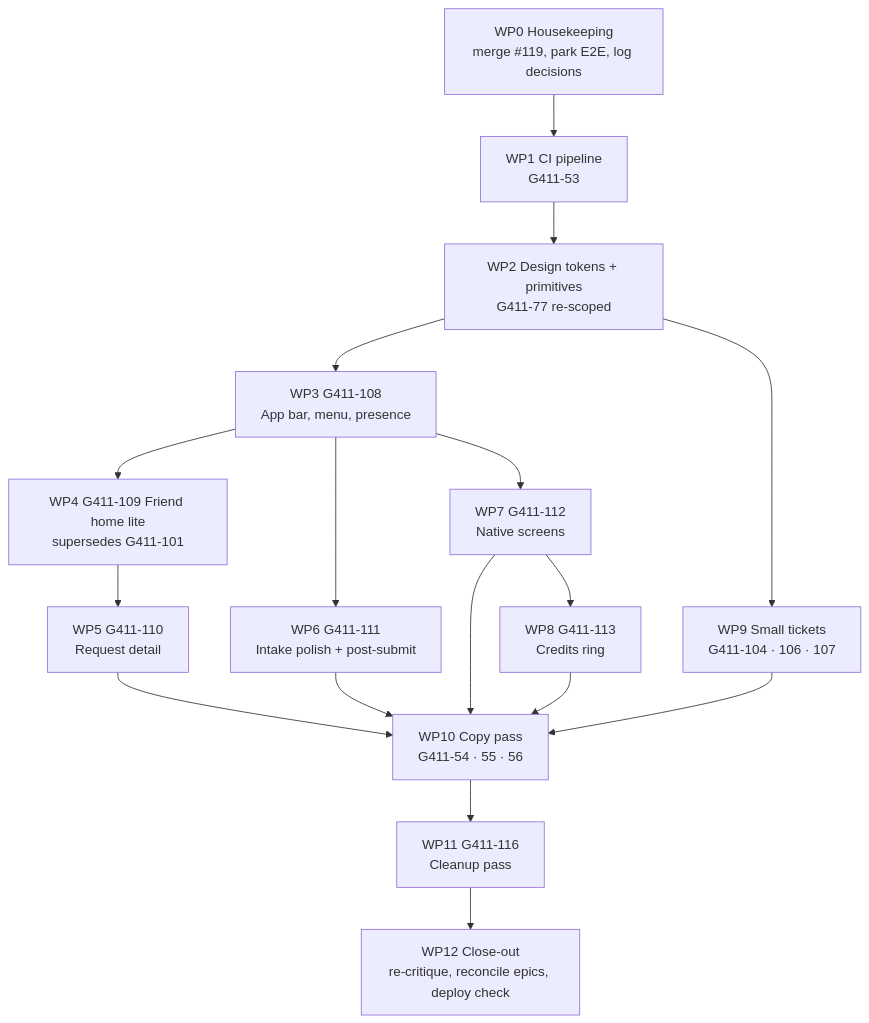
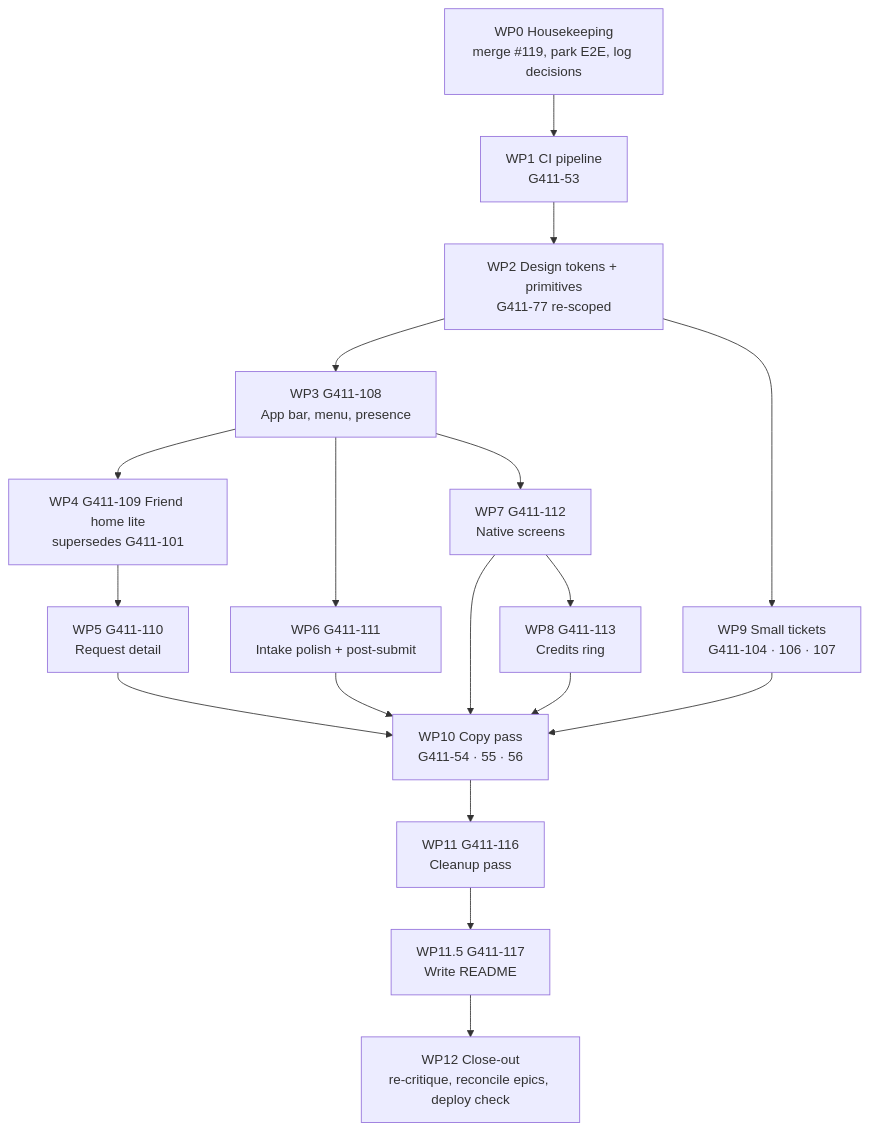
The diagram in gavi411-finish-line-plan.md (GaviLazan/Gavi411), drawn with Mermaid before and after one commit. The commit also changed other lines of this file, not shown here.

First line of the commit message:
docs: add WP11.5 (G411-117, write README) to finish-line plan

````diff
--- a/gavi411-finish-line-plan.md
+++ b/gavi411-finish-line-plan.md
@@ -69,19 +69,20 @@
 ```mermaid
 flowchart TD
   WP0[WP0 Housekeeping<br/>merge #119, park E2E, log decisions] --> WP1[WP1 CI pipeline<br/>G411-53]
   WP1 --> WP2[WP2 Design tokens + primitives<br/>G411-77 re-scoped]
   WP2 --> WP3[WP3 G411-108<br/>App bar, menu, presence]
   WP2 --> WP9[WP9 Small tickets<br/>G411-104 · 106 · 107]
   WP3 --> WP4[WP4 G411-109 Friend home lite<br/>supersedes G411-101]
   WP4 --> WP5[WP5 G411-110<br/>Request detail]
   WP3 --> WP6[WP6 G411-111<br/>Intake polish + post-submit]
   WP3 --> WP7[WP7 G411-112<br/>Native screens]
   WP7 --> WP8[WP8 G411-113<br/>Credits ring]
   WP5 --> WP10[WP10 Copy pass<br/>G411-54 · 55 · 56]
   WP6 --> WP10
   WP7 --> WP10
   WP8 --> WP10
   WP9 --> WP10
   WP10 --> WP11[WP11 G411-116<br/>Cleanup pass]
-  WP11 --> WP12[WP12 Close-out<br/>re-critique, reconcile epics, deploy check]
+  WP11 --> WP115[WP11.5 G411-117<br/>Write README]
+  WP115 --> WP12[WP12 Close-out<br/>re-critique, reconcile epics, deploy check]
 ```
````
